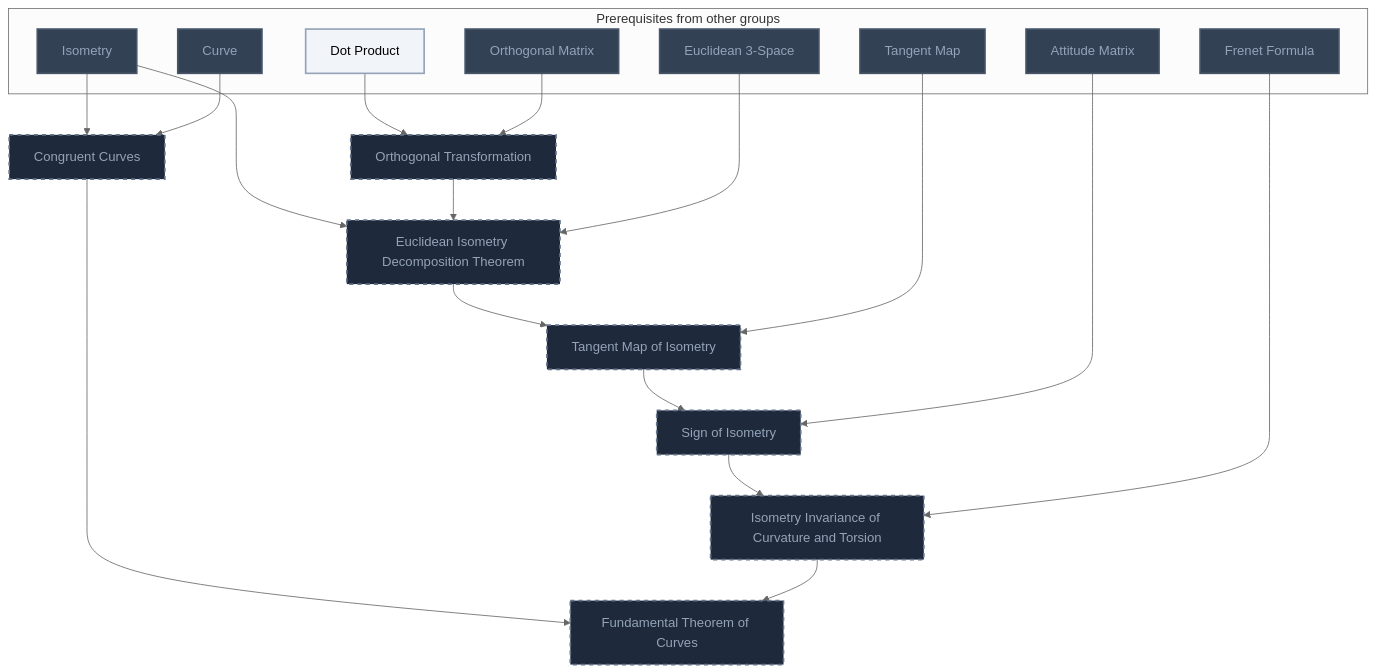
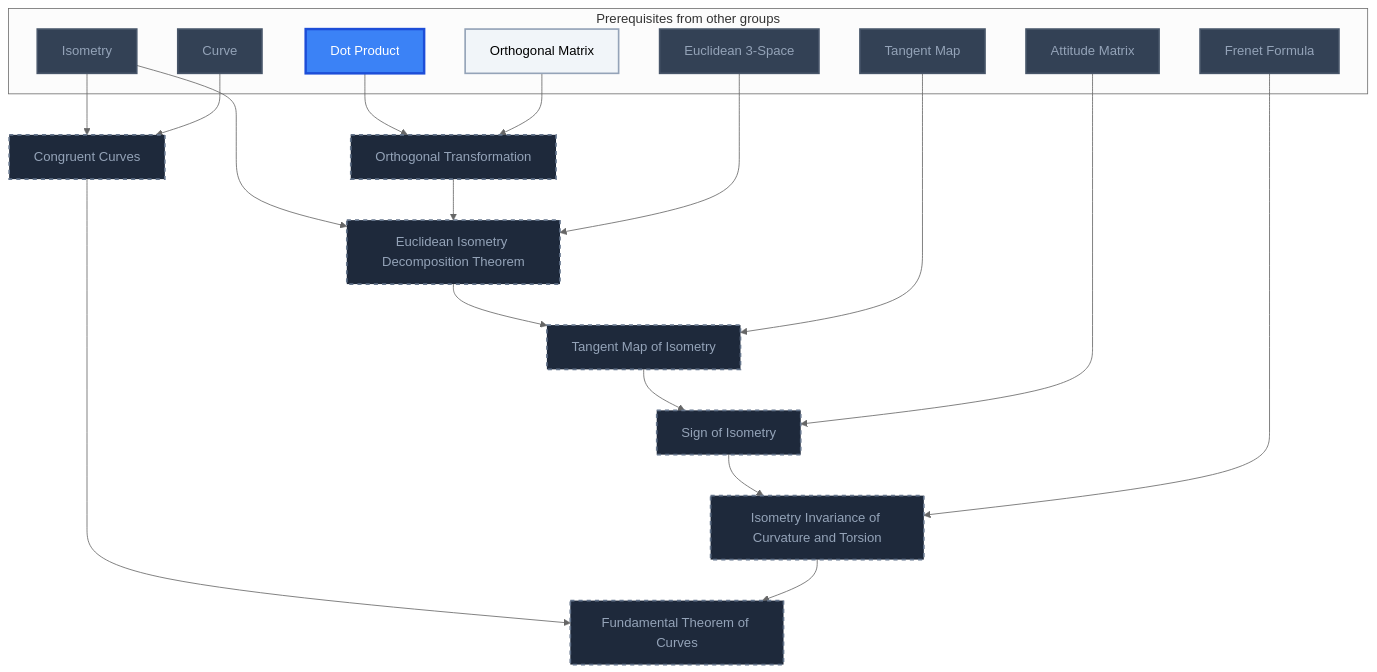
Before and after one commit to MRauf1/My-Notes: the sixth of 21 diagrams in Gamification/Skill Trees/Differential Geometry.md, drawn with Mermaid (neutral theme). The commit also changed other lines of this file and 57 other files, not shown here.

````diff
--- a/Gamification/Skill Trees/Differential Geometry.md
+++ b/Gamification/Skill Trees/Differential Geometry.md
@@ -594,48 +595,49 @@
 ```mermaid
 flowchart TD
     classDef planned fill:#1E293B,stroke:#64748B,stroke-width:2px,stroke-dasharray:5 5,color:#94A3B8;
     classDef locked fill:#334155,stroke:#475569,stroke-width:2px,color:#94A3B8;
     classDef L0 fill:#F1F5F9,stroke:#94A3B8,stroke-width:2px,color:#000000;
     classDef L1 fill:#22C55E,stroke:#15803D,stroke-width:2px,color:#000000;
     classDef L2 fill:#3B82F6,stroke:#1D4ED8,stroke-width:3px,color:#FFFFFF;
     classDef L3 fill:#A855F7,stroke:#6B21A8,stroke-width:3px,color:#FFFFFF,font-weight:bold;
     classDef L4 fill:#F97316,stroke:#C2410C,stroke-width:4px,color:#000000,font-weight:bold;
     classDef L5 fill:#FFD700,stroke:#FF8C00,stroke-width:5px,color:#000000,font-weight:bold;
     classDef rusty stroke:#8B4513,stroke-width:4px,stroke-dasharray:3 3;
     subgraph sg_prereqs["Prerequisites from other groups"]
         n_dot_product["Dot Product"]
         n_orthogonal_matrix["Orthogonal Matrix"]
         n_isometry["Isometry"]
         n_euclidean_3_space["Euclidean 3-Space"]
         n_tangent_map["Tangent Map"]
         n_attitude_matrix["Attitude Matrix"]
         n_frenet_formula["Frenet Formula"]
         n_curve["Curve"]
     end
     n_orthogonal_transformation["Orthogonal Transformation"]
     n_euclidean_isometry_decomposition_theorem["Euclidean Isometry Decomposition Theorem"]
     n_tangent_map_of_isometry["Tangent Map of Isometry"]
     n_sign_of_isometry["Sign of Isometry"]
     n_isometry_invariance_of_curvature_and_torsion["Isometry Invariance of Curvature and Torsion"]
     n_congruent_curves["Congruent Curves"]
     n_fundamental_theorem_of_curves["Fundamental Theorem of Curves"]
     n_dot_product --> n_orthogonal_transformation
     n_orthogonal_matrix --> n_orthogonal_transformation
     n_isometry --> n_euclidean_isometry_decomposition_theorem
     n_orthogonal_transformation --> n_euclidean_isometry_decomposition_theorem
     n_euclidean_3_space --> n_euclidean_isometry_decomposition_theorem
     n_euclidean_isometry_decomposition_theorem --> n_tangent_map_of_isometry
     n_tangent_map --> n_tangent_map_of_isometry
     n_tangent_map_of_isometry --> n_sign_of_isometry
     n_attitude_matrix --> n_sign_of_isometry
     n_sign_of_isometry --> n_isometry_invariance_of_curvature_and_torsion
     n_frenet_formula --> n_isometry_invariance_of_curvature_and_torsion
     n_isometry --> n_congruent_curves
     n_curve --> n_congruent_curves
     n_congruent_curves --> n_fundamental_theorem_of_curves
     n_isometry_invariance_of_curvature_and_torsion --> n_fundamental_theorem_of_curves
     class n_orthogonal_transformation,n_euclidean_isometry_decomposition_theorem,n_tangent_map_of_isometry,n_sign_of_isometry,n_isometry_invariance_of_curvature_and_torsion,n_congruent_curves,n_fundamental_theorem_of_curves planned;
-    class n_orthogonal_matrix,n_isometry,n_euclidean_3_space,n_tangent_map,n_attitude_matrix,n_frenet_formula,n_curve locked;
-    class n_dot_product L0;
+    class n_isometry,n_euclidean_3_space,n_tangent_map,n_attitude_matrix,n_frenet_formula,n_curve locked;
+    class n_orthogonal_matrix L0;
+    class n_dot_product L2;
     class n_dot_product,n_orthogonal_matrix,n_isometry,n_euclidean_3_space,n_tangent_map,n_attitude_matrix,n_frenet_formula,n_curve internal-link;
 ```
````
